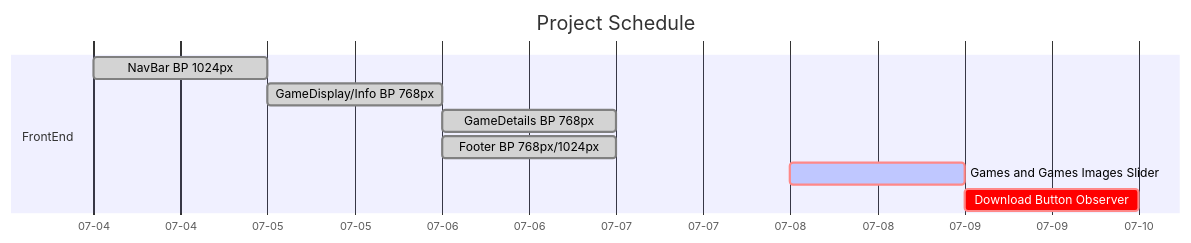
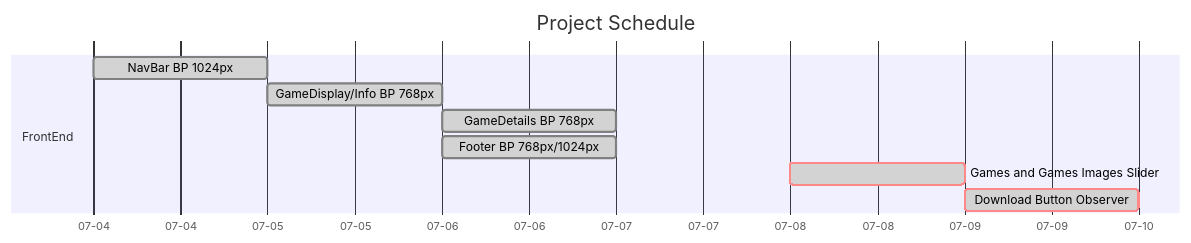
The diagram in README.md (RafaelM011/Nintendo_Website), drawn with Mermaid before and after one commit. The commit also changed other lines of this file, not shown here.

````diff
--- a/README.md
+++ b/README.md
@@ -12,14 +12,14 @@
 ```mermaid
     gantt
         title Project Schedule
         
         dateFormat MM-DD
         axisFormat %m-%d
         section FrontEnd
             NavBar BP 1024px                :done, id1, 07-04, 1d
             GameDisplay/Info BP 768px       :done, 07-05, 1d
             GameDetails BP 768px            :done, 07-06, 1d
             Footer BP 768px/1024px          :done, 07-06, 1d
-            Games and Games Images Slider   :crit,active, 07-08, 1d
-            Download Button Observer        :crit, 07-09,1d
+            Games and Games Images Slider   :crit,done, 07-08, 1d
+            Download Button Observer        :crit,done, 07-09,1d
 ```
````
